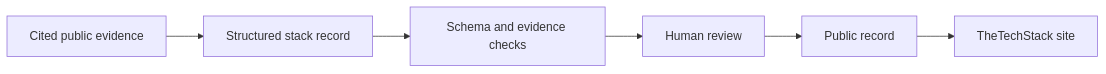
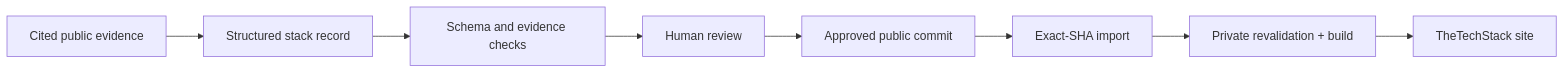
The diagram in README.md (KyleBrierley/thetechstack-data), drawn with Mermaid before and after one commit. The commit also changed other lines of this file, not shown here.

Commit message:
Document the live exact-SHA import path (#3)

````diff
--- a/README.md
+++ b/README.md
@@ -11,8 +13,10 @@
 ```mermaid
 flowchart LR
     A["Cited public evidence"] --> B["Structured stack record"]
     B --> C["Schema and evidence checks"]
     C --> D["Human review"]
-    D --> E["Public record"]
-    E --> F["TheTechStack site"]
+    D --> E["Approved public commit"]
+    E --> F["Exact-SHA import"]
+    F --> G["Private revalidation + build"]
+    G --> H["TheTechStack site"]
 ```
````
